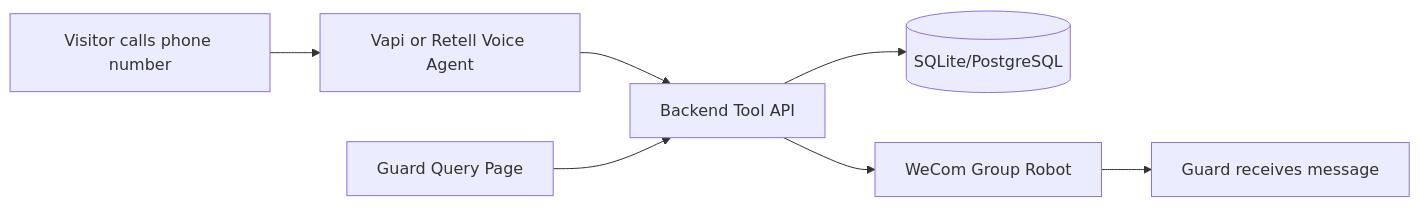
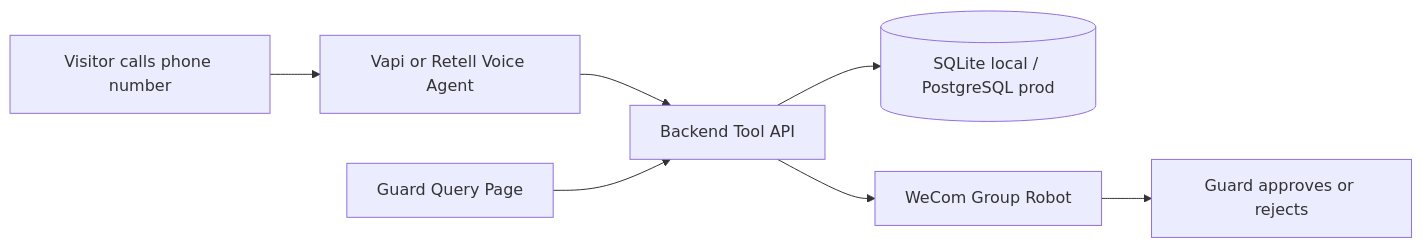
Before and after one commit to xur-2002/voice-agent: the diagram in README.md, drawn with Mermaid. The commit also changed other lines of this file and 8 other files, not shown here.

Commit message:
fix: stabilize demo phone flow and polish bonus features

````diff
--- a/README.md
+++ b/README.md
@@ -5,9 +5,9 @@
 ```mermaid
 flowchart LR
   A[Visitor calls phone number] --> B[Vapi or Retell Voice Agent]
   B --> C[Backend Tool API]
-  C --> D[(SQLite/PostgreSQL)]
+  C --> D[(SQLite local / PostgreSQL prod)]
   C --> E[WeCom Group Robot]
-  E --> F[Guard receives message]
+  E --> F[Guard approves or rejects]
   G[Guard Query Page] --> C
 ```
````
